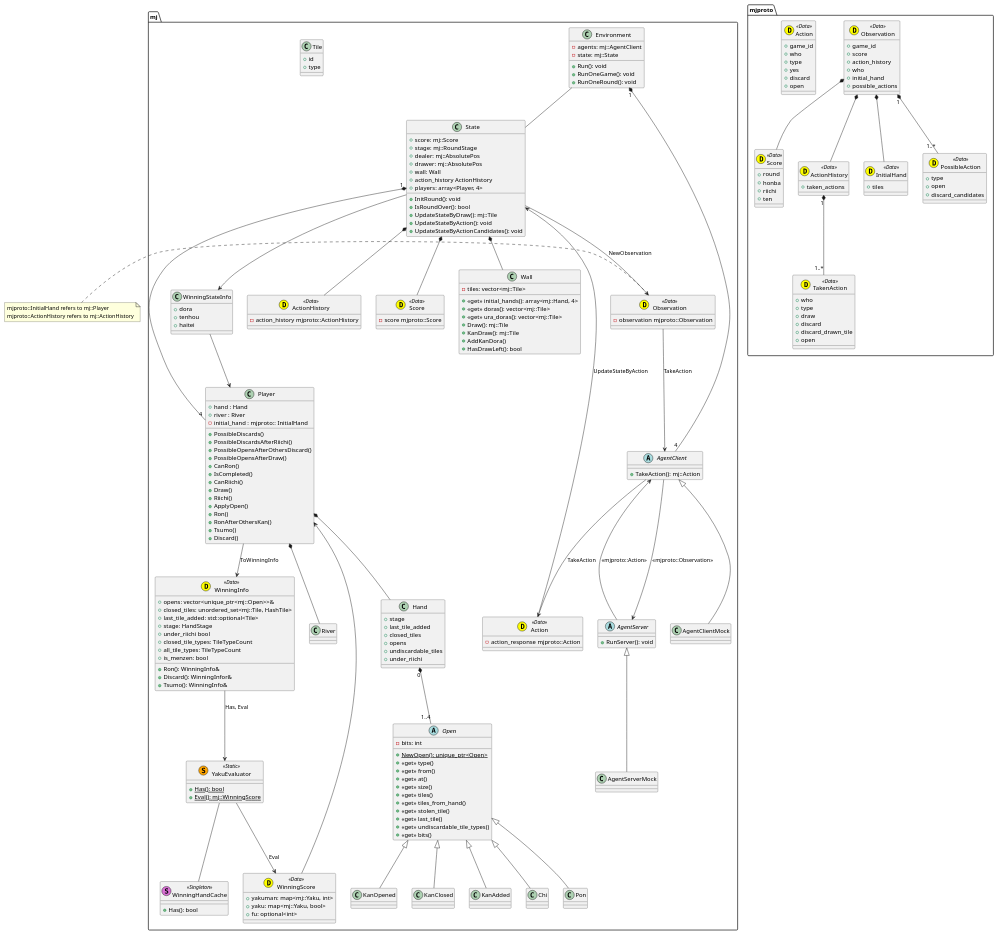
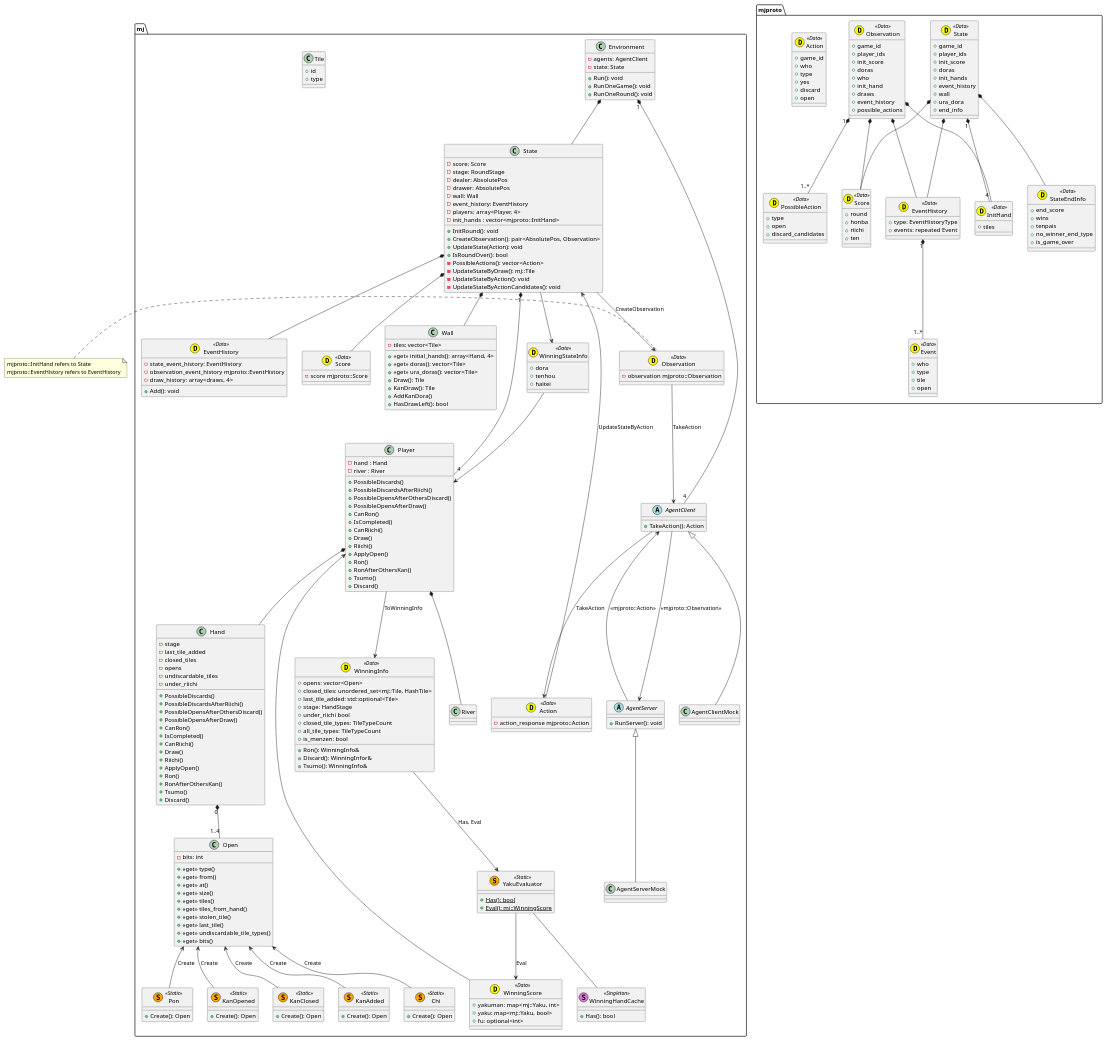
One commit to mjx-project/mjx changed the diagram in plantuml/diagram.pu. Above: the diagram before and after it, drawn with PlantUML. The commit also changed 6 other files, not shown here.

```diff
--- a/plantuml/diagram.pu
+++ b/plantuml/diagram.pu
@@ -9,20 +9,19 @@
   + ten 
 }
 
-class mjproto::TakenAction <<(D,yellow) Data>> {
+class mjproto::Event <<(D,yellow) Data>> {
   + who
   + type 
-  + draw 
-  + discard 
-  + discard_drawn_tile
+  + tile
   + open
 }
 
-class mjproto::ActionHistory <<(D,yellow) Data>> {
-  + taken_actions 
+class mjproto::EventHistory <<(D,yellow) Data>> {
+  + type: EventHistoryType
+  + events: repeated Event
 }
 
-class mjproto::InitialHand <<(D,yellow) Data>> {
+class mjproto::InitHand <<(D,yellow) Data>> {
   + tiles
 }
 
@@ -32,12 +31,35 @@
   + discard_candidates
 }
 
+class mjproto::State <<(D,yellow) Data>> {
+  + game_id
+  + player_ids
+  + init_score
+  + doras
+  + init_hands
+  + event_history
+  + wall
+  + ura_dora
+  + end_info
+} 
+
+class mjproto::StateEndInfo <<(D,yellow) Data>> {
+  + end_score
+  + wins
+  + tenpais 
+  + no_winner_end_type
+  + is_game_over
+}
+
 class mjproto::Observation <<(D,yellow) Data>> {
   + game_id
-  + score
-  + action_history
+  + player_ids
+  + init_score
+  + doras
   + who
-  + initial_hand 
+  + init_hand
+  + draws
+  + event_history
   + possible_actions
 }
 
@@ -51,16 +73,21 @@
 }
 
 mjproto::Observation *-- mjproto::Score
-mjproto::Observation *-- mjproto::ActionHistory
-mjproto::Observation *-- mjproto::InitialHand
+mjproto::Observation *-- mjproto::EventHistory
+mjproto::Observation *-- mjproto::InitHand
 mjproto::Observation "1" *-- "1..*" mjproto::PossibleAction
 
-mjproto::ActionHistory "1" *-- "1..*" mjproto::TakenAction
+mjproto::State *-- mjproto::Score
+mjproto::State *-- mjproto::EventHistory
+mjproto::State "1" *-- "4" mjproto::InitHand
+mjproto::State *-- mjproto::StateEndInfo
+
+mjproto::EventHistory "1" *-- "1..*" mjproto::Event
 
 
 class mj::Environment {
-    - agents: mj::AgentClient
-    - state: mj::State
+    - agents: AgentClient
+    - state: State
     + Run(): void
     + RunOneGame(): void
     + RunOneRound(): void
@@ -75,7 +102,7 @@
     + Has(): bool
 }
 
-class mj::WinningStateInfo {
+class mj::WinningStateInfo <<(D,yellow) Data>> {
   + dora
   + tenhou
   + haitei
@@ -88,7 +115,7 @@
 }
 
 class mj::WinningInfo <<(D,yellow) Data>> {
-    + opens: vector<unique_ptr<mj::Open>>& 
+    + opens: vector<Open>
     + closed_tiles: unordered_set<mj::Tile, HashTile> 
     + last_tile_added: std::optional<Tile> 
     + stage: HandStage 
@@ -102,24 +129,27 @@
 }
 
 class mj::State {
-    + score: mj::Score
-    + stage: mj::RoundStage
-    + dealer: mj::AbsolutePos
-    + drawer: mj::AbsolutePos
-    + wall: Wall
-    + action_history ActionHistory 
-    + players: array<Player, 4>
+    - score: Score
+    - stage: RoundStage
+    - dealer: AbsolutePos
+    - drawer: AbsolutePos
+    - wall: Wall
+    - event_history: EventHistory
+    - players: array<Player, 4>
+    - init_hands : vector<mjproto::InitHand>
     + InitRound(): void
+    + CreateObservation(): pair<AbsolutePos, Observation>
+    + UpdateState(Action): void
     + IsRoundOver(): bool
-    + UpdateStateByDraw(): mj::Tile
-    + UpdateStateByAction(): void
-    + UpdateStateByActionCandidates(): void
+    - PossibleActions(): vector<Action>
+    - UpdateStateByDraw(): mj::Tile
+    - UpdateStateByAction(): void
+    - UpdateStateByActionCandidates(): void
 }
 
 class mj::Player {
-    + hand : Hand
-    + river : River
-    - initial_hand : mjproto:: InitialHand
+    - hand : Hand
+    - river : River
     + PossibleDiscards()
     + PossibleDiscardsAfterRiichi()
     + PossibleOpensAfterOthersDiscard()
@@ -140,16 +170,19 @@
     - observation mjproto::Observation
 }
 note left
-mjproto::InitialHand refers to mj::Player
-mjproto::ActionHistory refers to mj::ActionHistory
+mjproto::InitHand refers to State
+mjproto::EventHistory refers to EventHistory
 end note
 
-class mj::ActionHistory <<(D,yellow) Data>> {
-    - action_history mjproto::ActionHistory
+class mj::EventHistory <<(D,yellow) Data>> {
+    - state_event_history: EventHistory
+    - observation_event_history mjproto::EventHistory
+    - draw_history: array<draws, 4>
+    + Add(): void
 }
 
 abstract class mj::AgentClient {
-    + TakeAction(): mj::Action
+    + TakeAction(): Action
 }
 
 class mj::AgentClientMock {
@@ -170,12 +203,12 @@
 }
 
 class mj::Wall {
-    - tiles: vector<mj::Tile>
-    + <<get>> initial_hands(): array<mj::Hand, 4>
-    + <<get>> doras(): vector<mj::Tile>
-    + <<get>> ura_doras(): vector<mj::Tile>
-    + Draw(): mj::Tile
-    + KanDraw(): mj::Tile
+    - tiles: vector<Tile>
+    + <<get>> initial_hands(): array<Hand, 4>
+    + <<get>> doras(): vector<Tile>
+    + <<get>> ura_doras(): vector<Tile>
+    + Draw(): Tile
+    + KanDraw(): Tile
     + AddKanDora()
     + HasDrawLeft(): bool
 }
@@ -189,17 +222,31 @@
 }
 
 class mj::Hand {
-    + stage
-    + last_tile_added
-    + closed_tiles
-    + opens
-    + undiscardable_tiles
-    + under_riichi
+    - stage
+    - last_tile_added
+    - closed_tiles
+    - opens
+    - undiscardable_tiles
+    - under_riichi
+    + PossibleDiscards()
+    + PossibleDiscardsAfterRiichi()
+    + PossibleOpensAfterOthersDiscard()
+    + PossibleOpensAfterDraw()
+    + CanRon()
+    + IsCompleted()
+    + CanRiichi()
+    + Draw()
+    + Riichi()
+    + ApplyOpen()
+    + Ron()
+    + RonAfterOthersKan()
+    + Tsumo()
+    + Discard()
+
 }
 
-abstract class mj::Open {
+class mj::Open {
     - bits: int
-    + {static} NewOpen(): unique_ptr<Open>
     + <<get>> type()
     + <<get>> from()
     + <<get>> at()
@@ -212,24 +259,24 @@
     + <<get>> bits()
 }
 
-class mj::Chi {
-
+class mj::Chi <<(S,orange) Static>> {
+    + Create(): Open
 }
 
-class mj::Pon {
-
+class mj::Pon <<(S,orange) Static>> {
+    + Create(): Open
 }
 
-class mj::KanOpened {
-
+class mj::KanOpened <<(S,orange) Static>> {
+    + Create(): Open
 }
 
-class mj::KanClosed {
-
+class mj::KanClosed <<(S,orange) Static>> {
+    + Create(): Open
 }
 
-class mj::KanAdded {
-
+class mj::KanAdded <<(S,orange) Static>> {
+    + Create(): Open
 }
 
 class mj::Tile {
@@ -239,14 +286,14 @@
 
 
 mj::Environment "1" *-- "4" mj::AgentClient
-mj::Environment -- mj::State 
+mj::Environment *-- mj::State 
 
 mj::State <-- mj::Action : UpdateStateByAction
 mj::State *-- mj::Score 
 mj::State *-- mj::Wall
-mj::State *-- mj::ActionHistory
+mj::State *-- mj::EventHistory
 mj::State "1" *-- "4" mj::Player
-mj::State --> mj::Observation : NewObservation
+mj::State --> mj::Observation : CreateObservation
 mj::State --> mj::WinningStateInfo
 
 mj::WinningStateInfo --> mj::Player
@@ -259,11 +306,11 @@
 
 mj::Hand "0" *-- "1..4" mj::Open
 
-mj::Open <|-- mj::Chi
-mj::Open <|-- mj::Pon
-mj::Open <|-- mj::KanClosed
-mj::Open <|-- mj::KanOpened
-mj::Open <|-- mj::KanAdded
+mj::Open <-- mj::Chi : Create
+mj::Open <-- mj::Pon : Create
+mj::Open <-- mj::KanClosed : Create
+mj::Open <-- mj::KanOpened : Create
+mj::Open <-- mj::KanAdded : Create
 
 mj::WinningInfo --> mj::YakuEvaluator : Has, Eval
 
```
